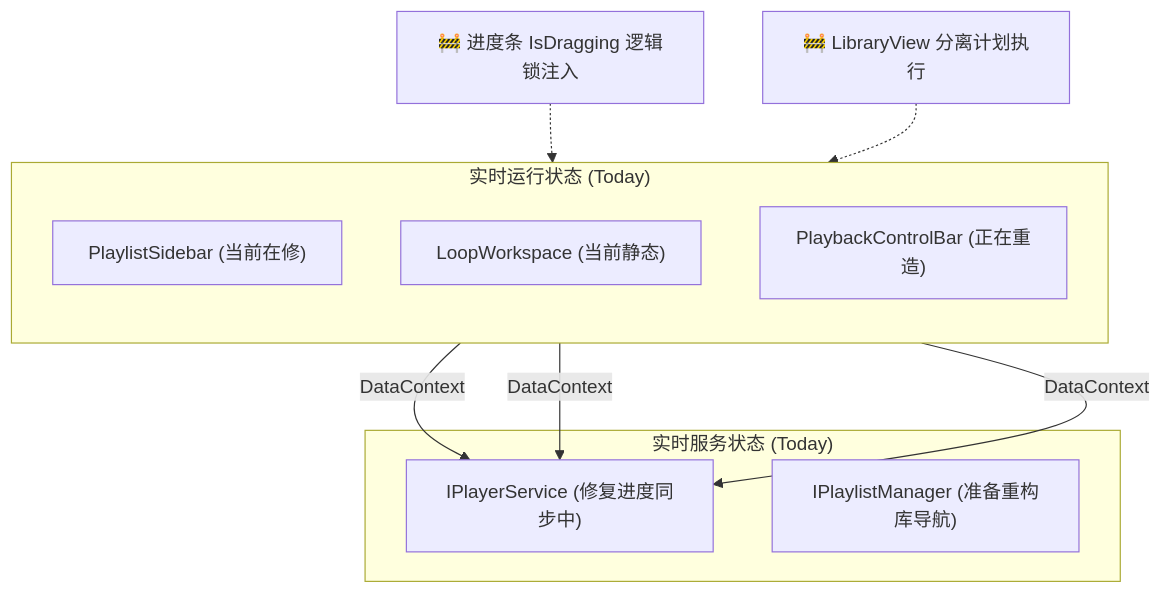
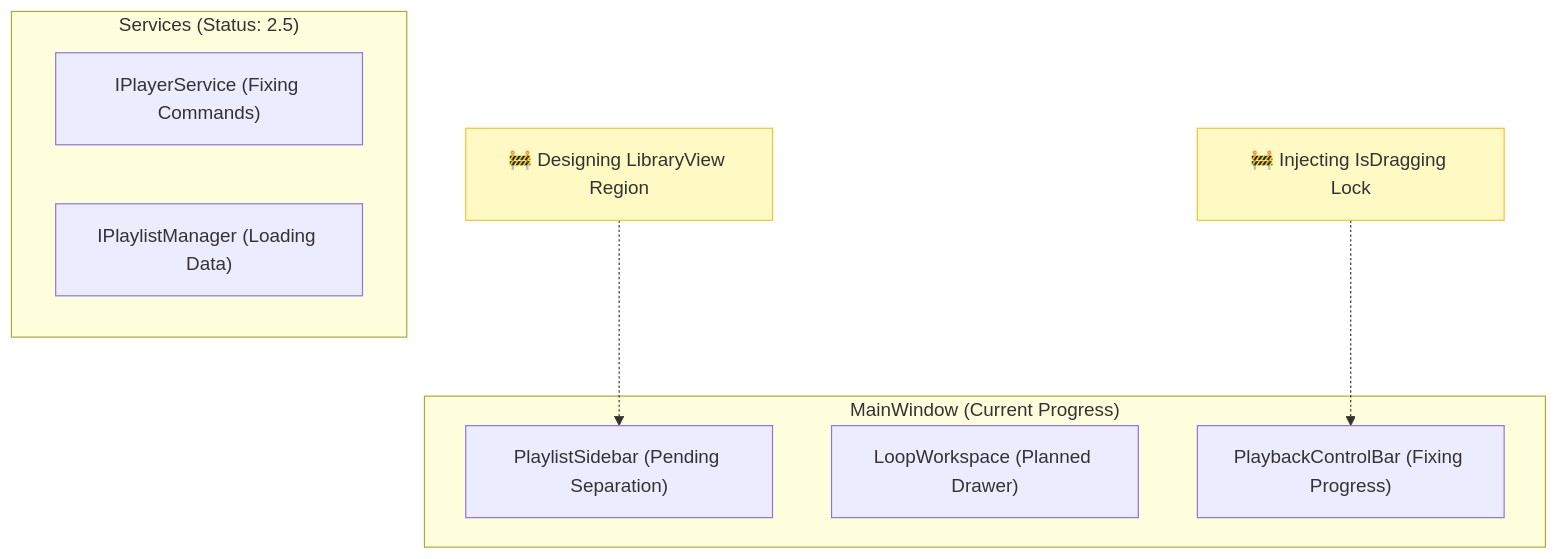
The third of 3 diagrams in progress/23更详细的架构.md (CPUrising/seamless-loop-music), drawn with Mermaid before and after one commit. The commit also changed other lines of this file and 1 other file, not shown here.

Commit message:
update 架构图

````diff
--- a/progress/23更详细的架构.md
+++ b/progress/23更详细的架构.md
@@ -83,24 +124,24 @@
 ```mermaid
 graph TD
-    subgraph Snapshot_UI ["实时运行状态 (Today)"]
-        direction TB
-        SBC["PlaylistSidebar (当前在修)"]
-        LWC["LoopWorkspace (当前静态)"]
-        PBC["PlaybackControlBar (正在重造)"]
+    %% 此刻仍为起点状态，但标注了“即将攻克”的节点
+    subgraph MW_Current ["MainWindow (Current Progress)"]
+        SBC["PlaylistSidebar (Pending Separation)"]
+        LWC["LoopWorkspace (Planned Drawer)"]
+        PBC["PlaybackControlBar (Fixing Progress)"]
     end
 
-    subgraph Snapshot_Srv ["实时服务状态 (Today)"]
-        PSC["IPlayerService (修复进度同步中)"]
-        PMC["IPlaylistManager (准备重构库导航)"]
+    subgraph Srv_Current ["Services (Status: 2.5)"]
+        PSC["IPlayerService (Fixing Commands)"]
+        PMC["IPlaylistManager (Loading Data)"]
     end
 
-    SBC -- "DataContext" --> PSC
-    LWC -- "DataContext" --> PSC
-    PBC -- "DataContext" --> PSC
+    %% 正在执行的改造
+    Fix1["🚧 Injecting IsDragging Lock"]
+    Fix2["🚧 Designing LibraryView Region"]
+    
+    Fix1 -.-> PBC
+    Fix2 -.-> SBC
 
-    %% 当前任务锚点
-    T1["🚧 进度条 IsDragging 逻辑锁注入"]
-    T2["🚧 LibraryView 分离计划执行"]
-    T1 -.-> PBC
-    T2 -.-> SBC
+    style Fix1 fill:#fff9c4,stroke:#fbc02d
+    style Fix2 fill:#fff9c4,stroke:#fbc02d
 ```
````
